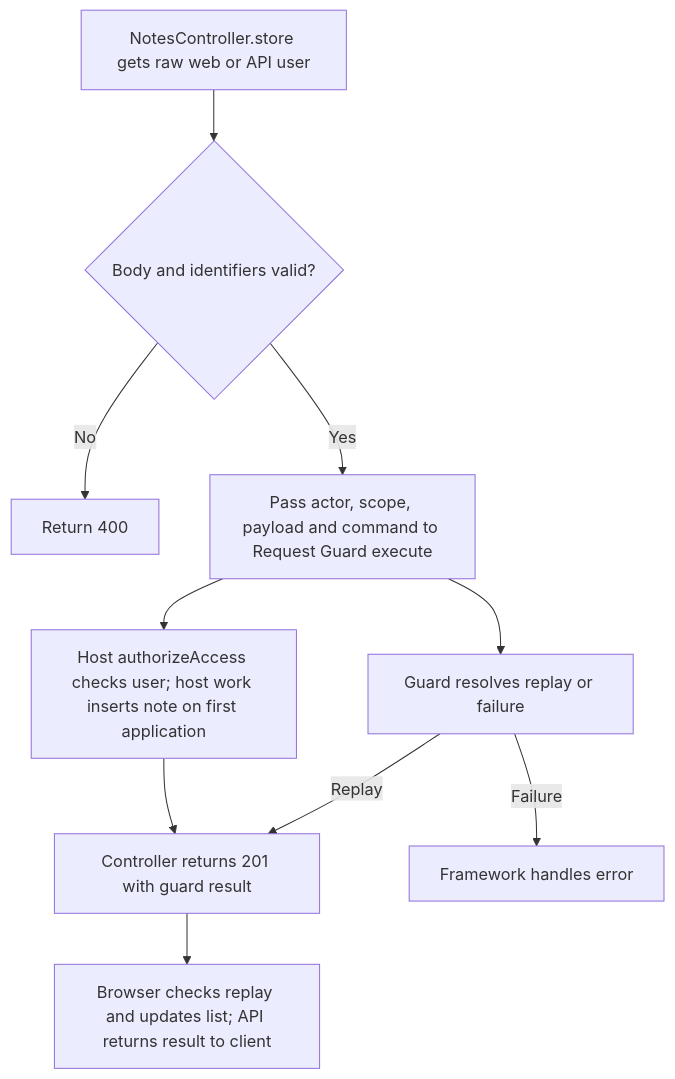
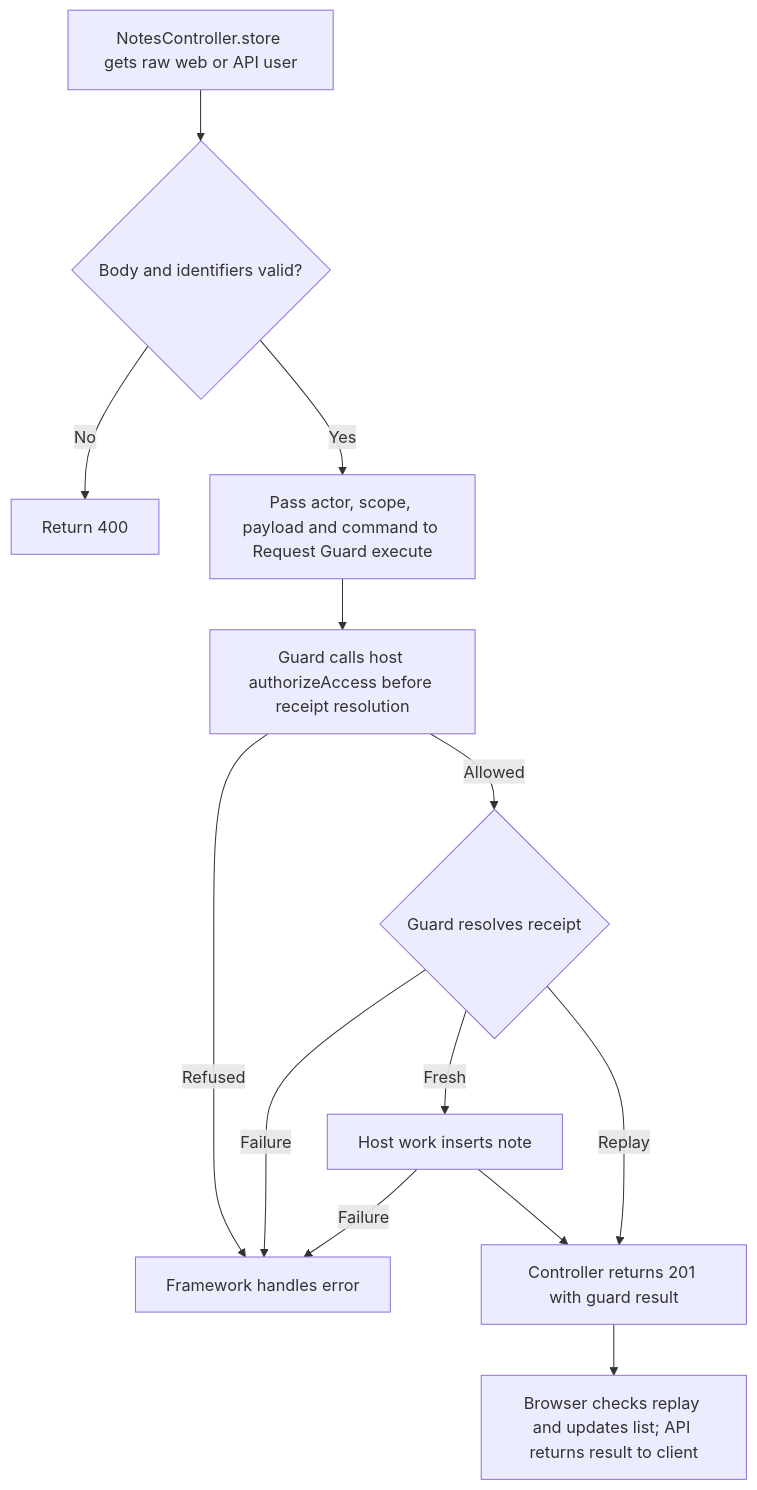
One commit to Kevinjohn/oss-adonisjs-starter-examples changed the second of 2 diagrams in user-stories/notes/us-note-02-create-note.md. Above: the diagram before and after it, drawn with Mermaid. The commit also changed other lines of this file and 5 other files, not shown here.

````diff
--- a/user-stories/notes/us-note-02-create-note.md
+++ b/user-stories/notes/us-note-02-create-note.md
@@ -32,12 +33,15 @@
 ```mermaid
 flowchart TD
     A["NotesController.store gets raw web or API user"] --> B{"Body and identifiers valid?"}
     B -->|No| C["Return 400"]
     B -->|Yes| D["Pass actor, scope, payload and command to Request Guard execute"]
-    D --> E["Host authorizeAccess checks user; host work inserts note on first application"]
-    D --> F["Guard resolves replay or failure"]
-    E --> G["Controller returns 201 with guard result"]
+    D --> E["Guard calls host authorizeAccess before receipt resolution"]
+    E -->|Refused| H["Framework handles error"]
+    E -->|Allowed| F{"Guard resolves receipt"}
+    F -->|Fresh| J["Host work inserts note"]
+    J --> G["Controller returns 201 with guard result"]
     F -->|Replay| G
-    F -->|Failure| H["Framework handles error"]
+    F -->|Failure| H
+    J -->|Failure| H
     G --> I["Browser checks replay and updates list; API returns result to client"]
 ```
````
